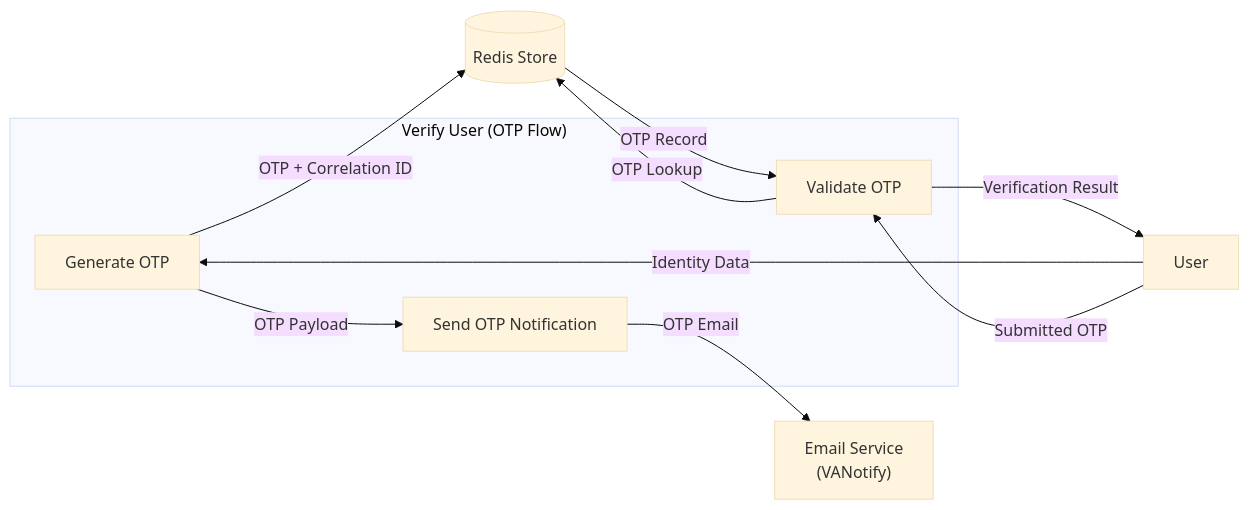
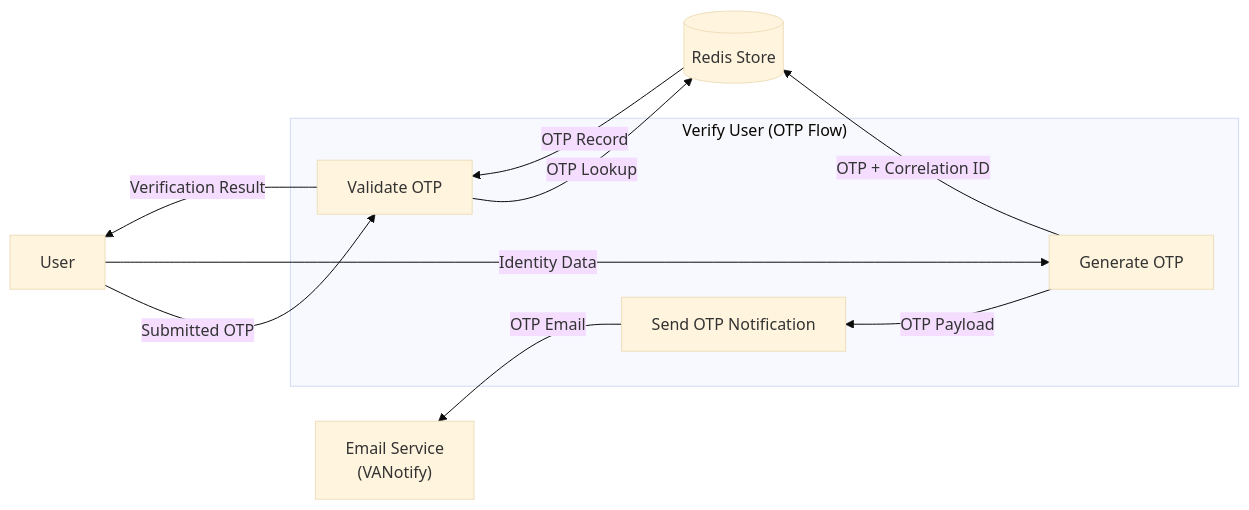
One commit to department-of-veterans-affairs/va.gov-team changed the fourth of 4 diagrams in products/health-care/appointments/va-online-scheduling/initiatives/solid-start-scheduling/engineering/data-flow-diagram.md. Above: the diagram before and after it, drawn with Mermaid (base theme). The commit also changed other lines of this file, not shown here.

````diff
--- a/products/health-care/appointments/va-online-scheduling/initiatives/solid-start-scheduling/engineering/data-flow-diagram.md
+++ b/products/health-care/appointments/va-online-scheduling/initiatives/solid-start-scheduling/engineering/data-flow-diagram.md
@@ -62,16 +63,16 @@
 ```mermaid
-flowchart LR
+flowchart RL
  subgraph OTP_Verification["Verify User (OTP Flow)"]
         P1["Generate OTP"]
         P2["Send OTP Notification"]
         P3["Validate OTP"]
   end
     User["User"] -- Identity Data --> P1
     P1 -- OTP + Correlation ID --> Redis[("Redis Store")]
     P1 -- OTP Payload --> P2
     P2 -- OTP Email --> Email["Email Service<br>(VANotify)"]
     User -- Submitted OTP --> P3
     P3 -- OTP Lookup --> Redis
     Redis -- OTP Record --> P3
     P3 -- Verification Result --> User
 ```
````
